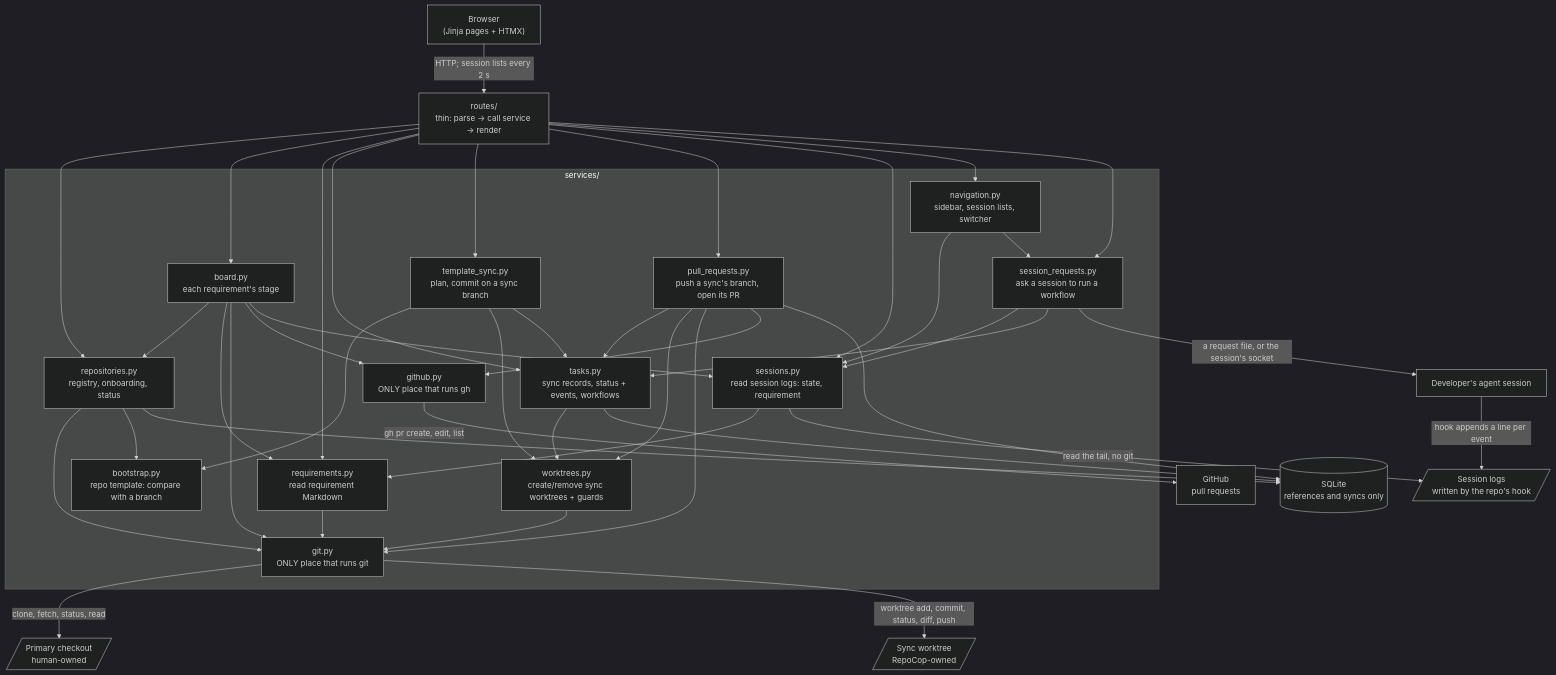
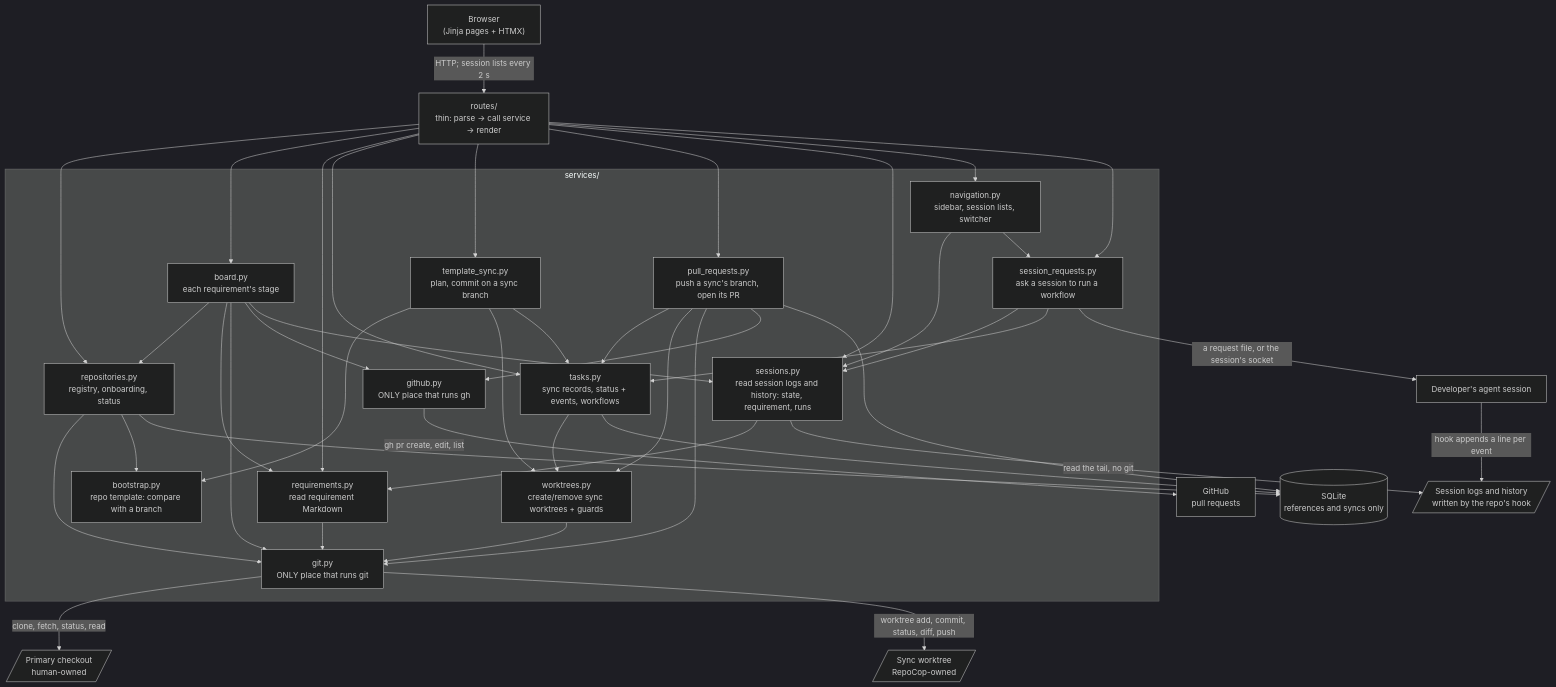
Before and after one commit to eliveikis/repocop: the first of 5 diagrams in specs/architecture.md, drawn with Mermaid (dark theme). The commit also changed other lines of this file and 24 other files, not shown here.

````diff
--- a/specs/architecture.md
+++ b/specs/architecture.md
@@ -19,49 +20,49 @@
 ```mermaid
 flowchart TD
     browser["Browser<br/>(Jinja pages + HTMX)"]
     routes["routes/<br/>thin: parse → call service → render"]
 
     subgraph services["services/"]
         repos["repositories.py<br/>registry, onboarding, status"]
         board["board.py<br/>each requirement's stage"]
         sync["template_sync.py<br/>plan, commit on a sync branch"]
         boot["bootstrap.py<br/>repo template: compare with a branch"]
         reqs["requirements.py<br/>read requirement Markdown"]
         wts["worktrees.py<br/>create/remove sync worktrees + guards"]
         git["git.py<br/>ONLY place that runs git"]
         tasksvc["tasks.py<br/>sync records, status + events, workflows"]
         prs["pull_requests.py<br/>push a sync's branch, open its PR"]
-        sess["sessions.py<br/>read session logs: state, requirement"]
+        sess["sessions.py<br/>read session logs and history: state, requirement, runs"]
         asks["session_requests.py<br/>ask a session to run a workflow"]
         nav["navigation.py<br/>sidebar, session lists, switcher"]
         github["github.py<br/>ONLY place that runs gh"]
     end
 
     db[("SQLite<br/>references and syncs only")]
     primary[/"Primary checkout<br/>human-owned"/]
     worktree[/"Sync worktree<br/>RepoCop-owned"/]
     hub["GitHub<br/>pull requests"]
-    logs[/"Session logs<br/>written by the repo's hook"/]
+    logs[/"Session logs and history<br/>written by the repo's hook"/]
     agent["Developer's agent session"]
 
     browser -->|"HTTP; session lists every 2 s"| routes
     routes --> repos & board & reqs & tasksvc & sync & prs & sess & nav & asks
     board --> repos & reqs & git & github & sess
     nav --> sess & asks
     sess --> reqs
     asks --> sess & tasksvc
     asks -->|"a request file, or the session's socket"| agent
     sess -->|"read the tail, no git"| logs
     agent -->|"hook appends a line per event"| logs
     prs --> tasksvc & wts & git & github
     sync --> boot & wts & tasksvc
     tasksvc --> wts
     repos --> git
     repos --> boot
     reqs --> git
     wts --> git
     repos & tasksvc & prs --> db
     git -->|"clone, fetch, status, read"| primary
     git -->|"worktree add, commit, status, diff, push"| worktree
     github -->|"gh pr create, edit, list"| hub
 ```
````
